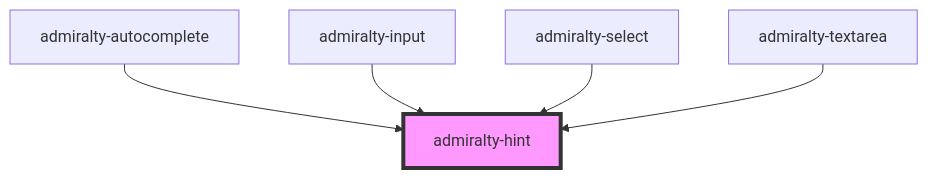
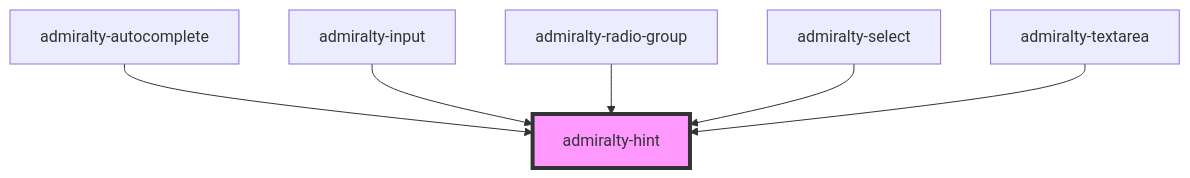
The diagram in packages/core/src/components/hint/readme.md (UKHO/admiralty-design-system), drawn with Mermaid before and after one commit. The commit also changed other lines of this file and 13 other files, not shown here.

````diff
--- a/packages/core/src/components/hint/readme.md
+++ b/packages/core/src/components/hint/readme.md
@@ -32,8 +33,9 @@
 ```mermaid
 graph TD;
   admiralty-autocomplete --> admiralty-hint
   admiralty-input --> admiralty-hint
+  admiralty-radio-group --> admiralty-hint
   admiralty-select --> admiralty-hint
   admiralty-textarea --> admiralty-hint
   style admiralty-hint fill:#f9f,stroke:#333,stroke-width:4px
 ```
````
